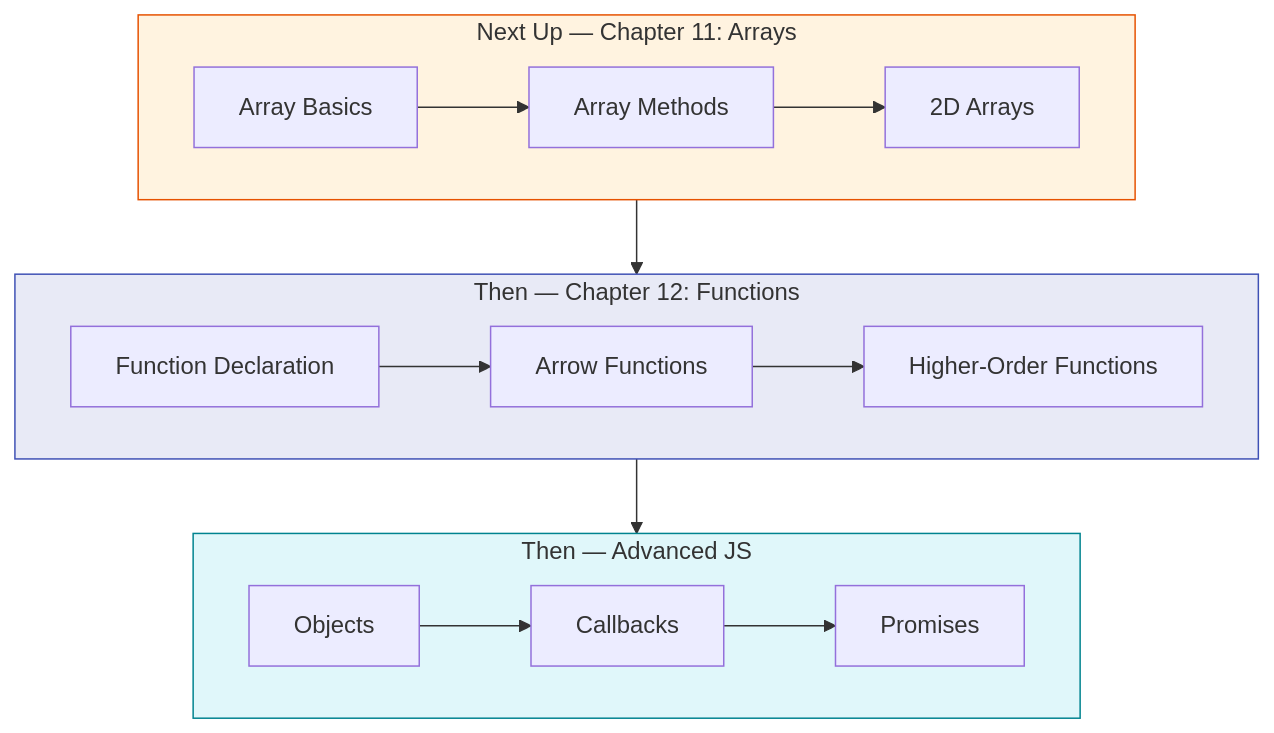
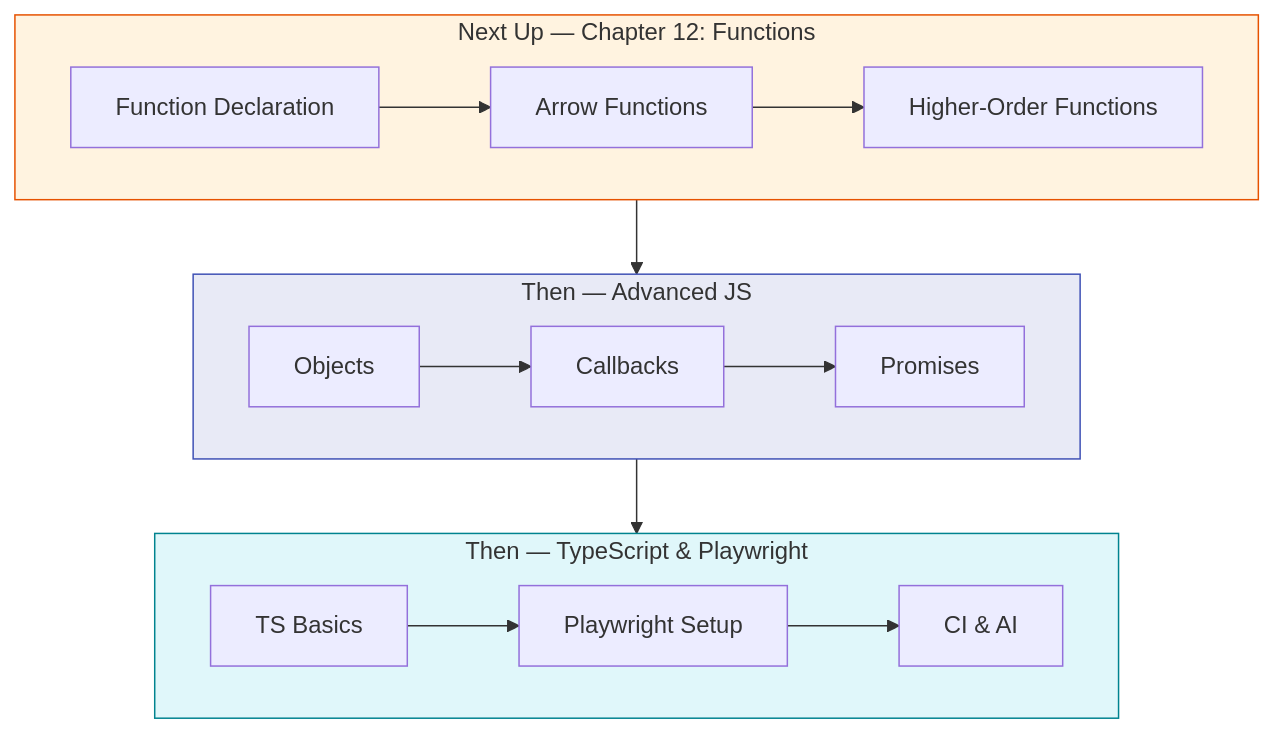
One commit to HBSahoo/LearnPlaywrightBatch2x changed the fifth of 7 diagrams in README.md. Above: the diagram before and after it, drawn with Mermaid. The commit also changed other lines of this file and 9 other files, not shown here.

````diff
--- a/README.md
+++ b/README.md
@@ -683,23 +726,23 @@
 ```mermaid
 graph TD
-    subgraph next["Next Up — Chapter 11: Arrays"]
-        N1[Array Basics] --> N2[Array Methods]
-        N2 --> N3[2D Arrays]
+    subgraph next["Next Up — Chapter 12: Functions"]
+        N1[Function Declaration] --> N2[Arrow Functions]
+        N2 --> N3[Higher-Order Functions]
     end
 
-    subgraph then["Then — Chapter 12: Functions"]
-        T1[Function Declaration] --> T2[Arrow Functions]
-        T2 --> T3[Higher-Order Functions]
+    subgraph then["Then — Advanced JS"]
+        T1[Objects] --> T2[Callbacks]
+        T2 --> T3[Promises]
     end
 
-    subgraph then2["Then — Advanced JS"]
-        F1[Objects] --> F2[Callbacks]
-        F2 --> F3[Promises]
+    subgraph then2["Then — TypeScript & Playwright"]
+        F1[TS Basics] --> F2[Playwright Setup]
+        F2 --> F3[CI & AI]
     end
 
     next --> then --> then2
 
     style next fill:#fff3e0,stroke:#e65100
     style then fill:#e8eaf6,stroke:#3f51b5
     style then2 fill:#e0f7fa,stroke:#00838f
 ```
````
